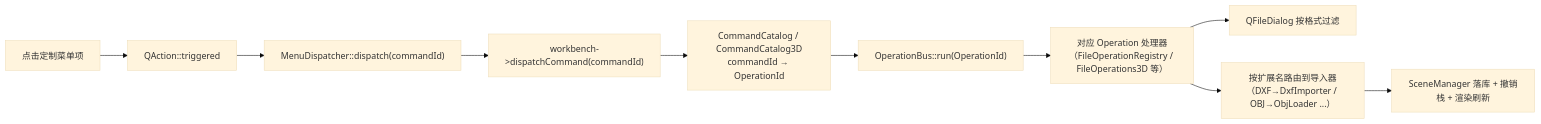
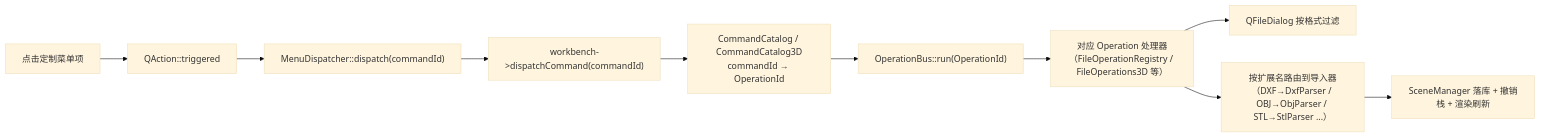
Before and after one commit to yulinxx/CAD: diagram 16 of 16 in Docs/01-当前架构/UI交互流程.md, drawn with Mermaid (base theme). The commit also changed other lines of this file and 70 other files, not shown here.

````diff
--- a/Docs/01-当前架构/UI交互流程.md
+++ b/Docs/01-当前架构/UI交互流程.md
@@ -481,12 +484,12 @@
 ```mermaid
 flowchart LR
     Click["点击定制菜单项"] --> Trigger["QAction::triggered"]
     Trigger --> Dispatch["MenuDispatcher::dispatch(commandId)"]
     Dispatch --> WB["workbench->dispatchCommand(commandId)"]
     WB --> Catalog["CommandCatalog / CommandCatalog3D<br/>commandId → OperationId"]
     Catalog --> Bus["OperationBus::run(OperationId)"]
     Bus --> Handler["对应 Operation 处理器<br/>（FileOperationRegistry / FileOperations3D 等）"]
     Handler --> Dialog["QFileDialog 按格式过滤"]
-    Handler --> Import["按扩展名路由到导入器<br/>（DXF→DxfImporter / OBJ→ObjLoader ...）"]
+    Handler --> Import["按扩展名路由到导入器<br/>（DXF→DxfParser / OBJ→ObjParser / STL→StlParser ...）"]
     Import --> Scene["SceneManager 落库 + 撤销栈 + 渲染刷新"]
 ```
````
